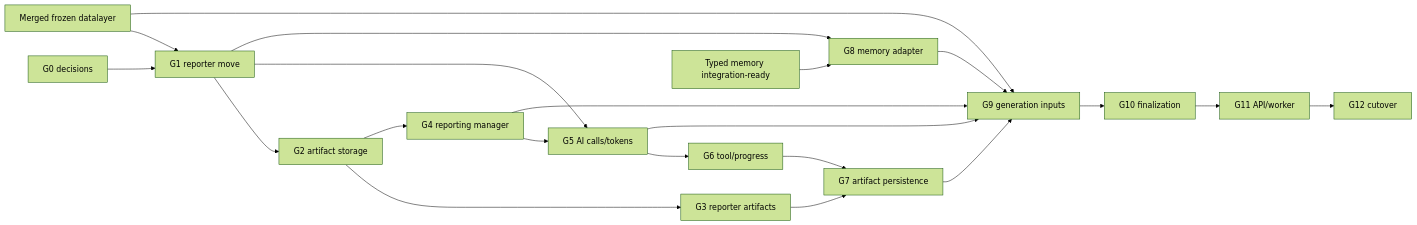
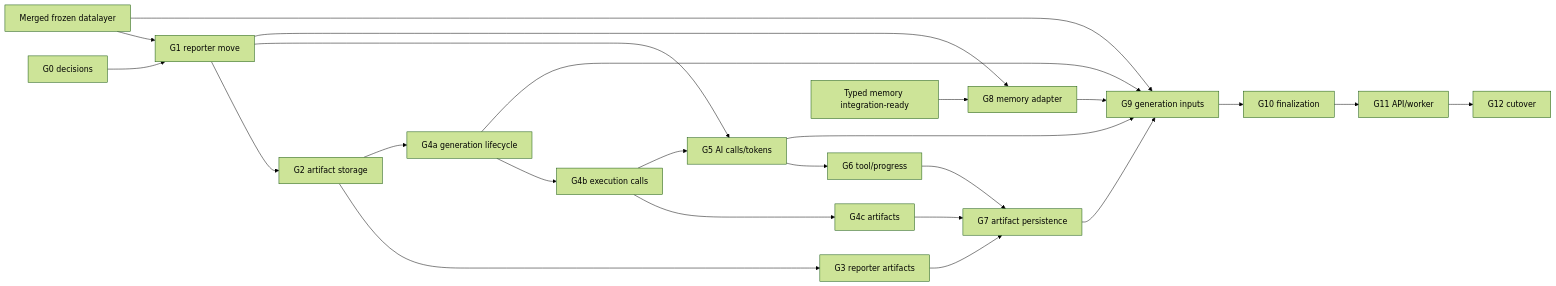
One commit to maxwn04/AIdamShefter-v2 changed the diagram in docs/generation/implementation-plan.md. Above: the diagram before and after it, drawn with Mermaid (forest theme). The commit also changed other lines of this file and 14 other files, not shown here.

Commit message:
feat(reporting): add generation lifecycle resource

````diff
--- a/docs/generation/implementation-plan.md
+++ b/docs/generation/implementation-plan.md
@@ -231,23 +245,26 @@
 ```mermaid
 flowchart LR
     G0["G0 decisions"] --> G1["G1 reporter move"]
     G1 --> G2["G2 artifact storage"]
     G2 --> G3["G3 reporter artifacts"]
-    G2 --> G4["G4 reporting manager"]
+    G2 --> G4A["G4a generation lifecycle"]
+    G4A --> G4B["G4b execution calls"]
+    G4B --> G4C["G4c artifacts"]
     G1 --> G5["G5 AI calls/tokens"]
-    G4 --> G5
+    G4B --> G5
     G5 --> G6["G6 tool/progress"]
     G6 --> G7["G7 artifact persistence"]
     G3 --> G7
+    G4C --> G7
     G1 --> G8["G8 memory adapter"]
     Memory["Typed memory integration-ready"] --> G8
     Data["Merged frozen datalayer"] --> G1
     Data --> G9["G9 generation inputs"]
-    G4 --> G9
+    G4A --> G9
     G5 --> G9
     G7 --> G9
     G8 --> G9
     G9 --> G10["G10 finalization"]
     G10 --> G11["G11 API/worker"]
     G11 --> G12["G12 cutover"]
 ```
````
